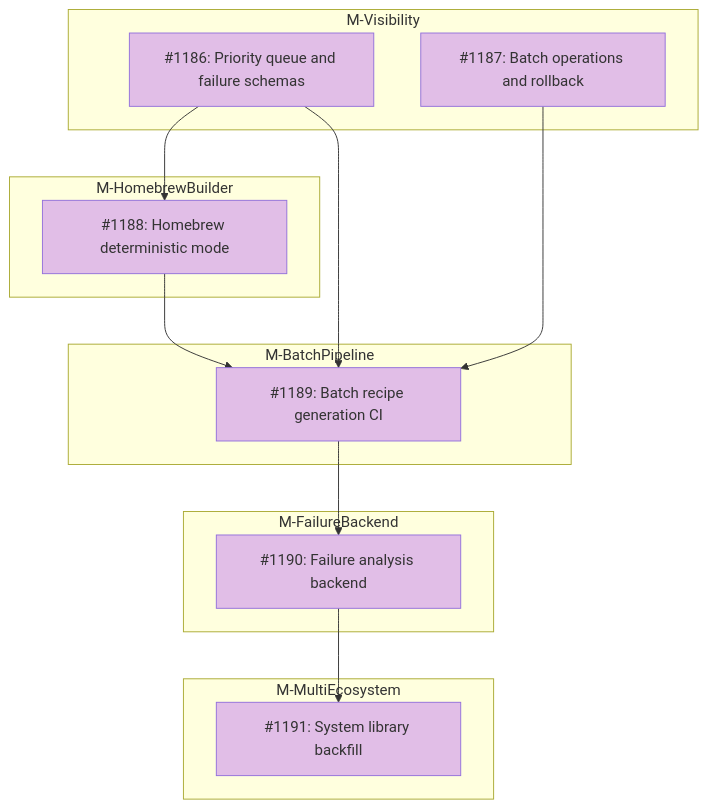
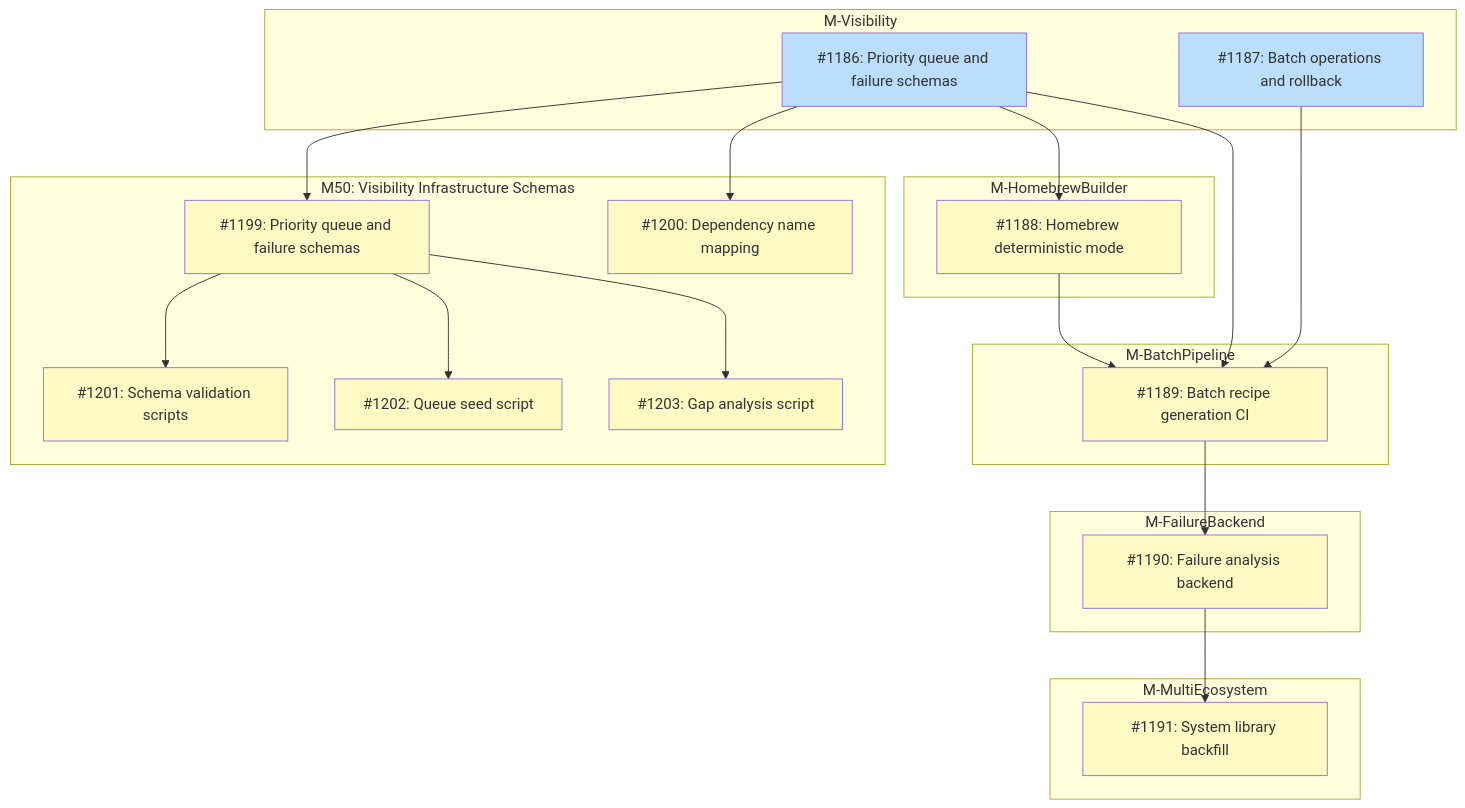
The diagram in docs/designs/DESIGN-registry-scale-strategy.md (tsukumogami/tsuku), drawn with Mermaid before and after one commit. The commit also changed other lines of this file and 1 other file, not shown here.

Commit message:
docs: add design for priority queue and failure record schemas (#1193)
Define the visibility infrastructure schemas for batch recipe
generation. This implements
Phase 0 of the registry scale strategy, providing the data formats that
downstream designs
(#1188 Homebrew deterministic mode, #1189 batch pipeline) will consume.

````diff
--- a/docs/designs/DESIGN-registry-scale-strategy.md
+++ b/docs/designs/DESIGN-registry-scale-strategy.md
@@ -49,38 +59,53 @@
 ```mermaid
 graph TD
     subgraph M_Visibility["M-Visibility"]
         I1186["#1186: Priority queue and failure schemas"]
         I1187["#1187: Batch operations and rollback"]
+    end
+
+    subgraph M50["M50: Visibility Infrastructure Schemas"]
+        I1199["#1199: Priority queue and failure schemas"]
+        I1200["#1200: Dependency name mapping"]
+        I1201["#1201: Schema validation scripts"]
+        I1202["#1202: Queue seed script"]
+        I1203["#1203: Gap analysis script"]
     end
 
     subgraph M_HomebrewBuilder["M-HomebrewBuilder"]
         I1188["#1188: Homebrew deterministic mode"]
     end
 
     subgraph M_BatchPipeline["M-BatchPipeline"]
         I1189["#1189: Batch recipe generation CI"]
     end
 
     subgraph M_FailureBackend["M-FailureBackend"]
         I1190["#1190: Failure analysis backend"]
     end
 
     subgraph M_MultiEcosystem["M-MultiEcosystem"]
         I1191["#1191: System library backfill"]
     end
 
+    I1186 --> I1199
+    I1186 --> I1200
+    I1199 --> I1201
+    I1199 --> I1202
+    I1199 --> I1203
     I1186 --> I1188
     I1186 --> I1189
     I1187 --> I1189
     I1188 --> I1189
     I1189 --> I1190
     I1190 --> I1191
 
     classDef done fill:#c8e6c9
     classDef ready fill:#bbdefb
     classDef blocked fill:#fff9c4
     classDef needsDesign fill:#e1bee7
 
-    class I1186,I1187 needsDesign
-    class I1188,I1189,I1190,I1191 needsDesign
+    class I1186,I1187 ready
+    class I1199,I1200 blocked
+    class I1201,I1202,I1203 blocked
+    class I1188,I1189,I1190,I1191 blocked
 ```
````
